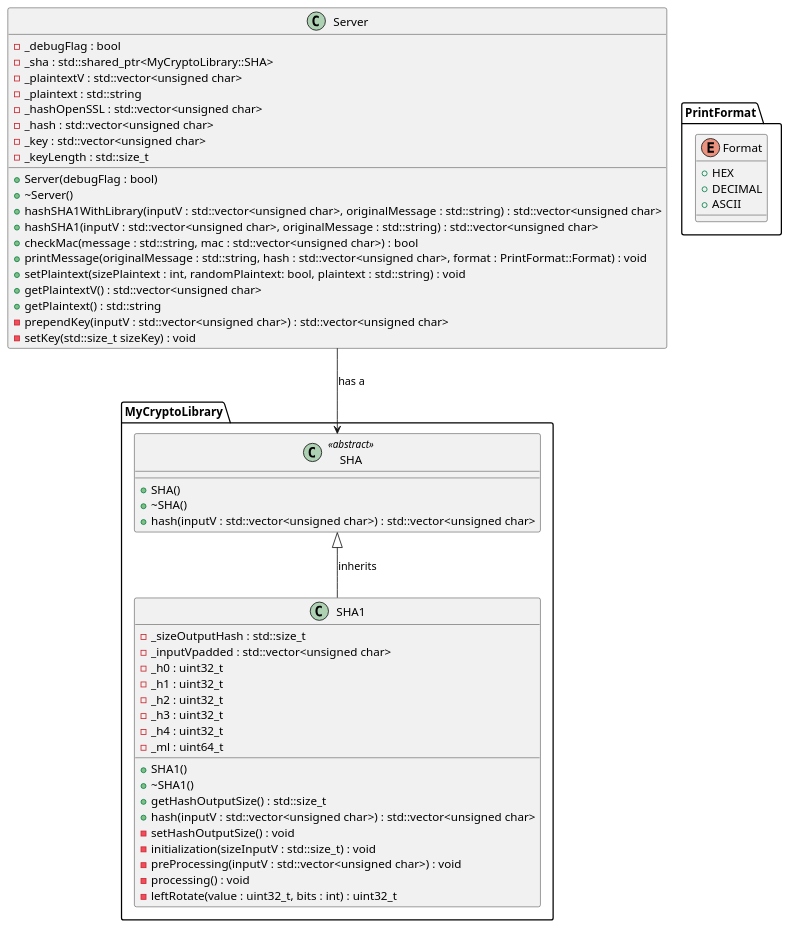
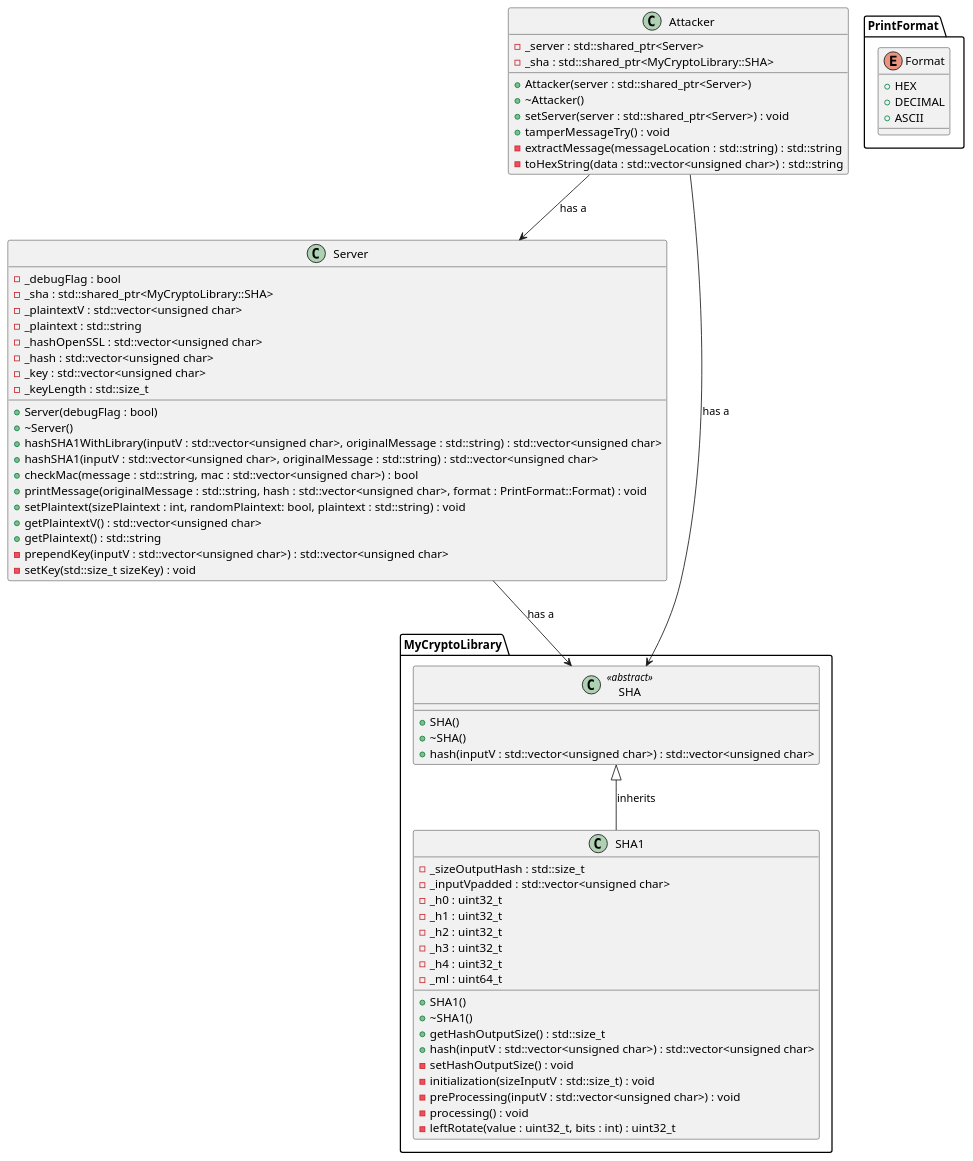
One commit to Photon-einstein/Cryptopals changed the diagram in Cryptopals_resolutions/4-Set_4/cryptopals_set_4_problem_28/cryptopals_set_4_problem_28.puml. Above: the diagram before and after it, drawn with PlantUML. The commit also changed 1 other file, not shown here.

Commit message:
Update uml diagram

```diff
--- a/Cryptopals_resolutions/4-Set_4/cryptopals_set_4_problem_28/cryptopals_set_4_problem_28.puml
+++ b/Cryptopals_resolutions/4-Set_4/cryptopals_set_4_problem_28/cryptopals_set_4_problem_28.puml
@@ -1,68 +1,82 @@
 @startuml
 
 namespace PrintFormat {
     enum Format {
         +HEX 
         +DECIMAL 
         +ASCII
     }
 }
 
 class Server {
     - _debugFlag : bool
     - _sha : std::shared_ptr<MyCryptoLibrary::SHA>
     - _plaintextV : std::vector<unsigned char> 
     - _plaintext : std::string
     - _hashOpenSSL : std::vector<unsigned char>
     - _hash : std::vector<unsigned char>
     - _key : std::vector<unsigned char>
     - _keyLength : std::size_t
 
     + Server(debugFlag : bool)
     + ~Server()
     + hashSHA1WithLibrary(inputV : std::vector<unsigned char>, originalMessage : std::string) : std::vector<unsigned char>
     + hashSHA1(inputV : std::vector<unsigned char>, originalMessage : std::string) : std::vector<unsigned char>
     + checkMac(message : std::string, mac : std::vector<unsigned char>) : bool
     + printMessage(originalMessage : std::string, hash : std::vector<unsigned char>, format : PrintFormat::Format) : void
     + setPlaintext(sizePlaintext : int, randomPlaintext: bool, plaintext : std::string) : void
     + getPlaintextV() : std::vector<unsigned char>
     + getPlaintext() : std::string
     - prependKey(inputV : std::vector<unsigned char>) : std::vector<unsigned char>
     - setKey(std::size_t sizeKey) : void
 
 }
 
 namespace MyCryptoLibrary {
     class SHA <<abstract>> {
         + SHA()
         + ~SHA()
         + hash(inputV : std::vector<unsigned char>) : std::vector<unsigned char>
     }
 
     class SHA1 {
         - _sizeOutputHash : std::size_t
         - _inputVpadded : std::vector<unsigned char>
         - _h0 : uint32_t
         - _h1 : uint32_t
         - _h2 : uint32_t
         - _h3 : uint32_t
         - _h4 : uint32_t
         - _ml : uint64_t
 
         + SHA1()
         + ~SHA1()
         + getHashOutputSize() : std::size_t
         + hash(inputV : std::vector<unsigned char>) : std::vector<unsigned char>
         - setHashOutputSize() : void
         - initialization(sizeInputV : std::size_t) : void
         - preProcessing(inputV : std::vector<unsigned char>) : void
         - processing() : void
         - leftRotate(value : uint32_t, bits : int) : uint32_t
     }
 
     SHA <|-- SHA1 : "inherits"
 }
 
+class Attacker {
+    - _server : std::shared_ptr<Server>
+    - _sha : std::shared_ptr<MyCryptoLibrary::SHA>
+
+    + Attacker(server : std::shared_ptr<Server>)
+    + ~Attacker()
+    + setServer(server : std::shared_ptr<Server>) : void
+    + tamperMessageTry() : void
+    - extractMessage(messageLocation : std::string) : std::string
+    - toHexString(data : std::vector<unsigned char>) : std::string
+}
+
 Server --> MyCryptoLibrary.SHA : "has a"
+Attacker --> MyCryptoLibrary.SHA : "has a"
+Attacker --> Server : "has a"
 
 @enduml
```
